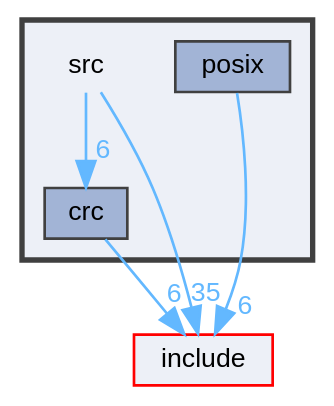
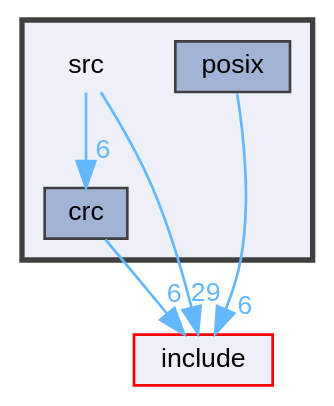
The diagram in dir_68267d1309a1af8e8297ef4c3efbcdba_dep.dot (robinonsay/libjuno), drawn with Graphviz before and after one commit. The commit also changed 164 other files, not shown here.

```diff
--- a/dir_68267d1309a1af8e8297ef4c3efbcdba_dep.dot
+++ b/dir_68267d1309a1af8e8297ef4c3efbcdba_dep.dot
@@ -1,19 +1,19 @@
 digraph "/home/runner/work/libjuno/libjuno/src"
 {
  // LATEX_PDF_SIZE
   bgcolor="transparent";
   edge [fontname=Helvetica,fontsize=10,labelfontname=Helvetica,labelfontsize=10];
   node [fontname=Helvetica,fontsize=10,shape=box,height=0.2,width=0.4];
   compound=true
   subgraph clusterdir_68267d1309a1af8e8297ef4c3efbcdba {
     graph [ bgcolor="#edf0f7", pencolor="grey25", label="", fontname=Helvetica,fontsize=10 style="filled,bold", URL="dir_68267d1309a1af8e8297ef4c3efbcdba.html",tooltip=""]
     dir_68267d1309a1af8e8297ef4c3efbcdba [shape=plaintext, label="src"];
   dir_aaf0231a54e81f715efc83e4edb207e4 [label="crc", fillcolor="#a2b4d6", color="grey25", style="filled", URL="dir_aaf0231a54e81f715efc83e4edb207e4.html",tooltip=""];
   dir_6887e9b46a560cfc03709f52ff768643 [label="posix", fillcolor="#a2b4d6", color="grey25", style="filled", URL="dir_6887e9b46a560cfc03709f52ff768643.html",tooltip=""];
   }
   dir_d44c64559bbebec7f509842c48db8b23 [label="include", fillcolor="#edf0f7", color="red", style="filled", URL="dir_d44c64559bbebec7f509842c48db8b23.html",tooltip=""];
-  dir_68267d1309a1af8e8297ef4c3efbcdba->dir_aaf0231a54e81f715efc83e4edb207e4 [headlabel="6", labeldistance=1.5 headhref="dir_000008_000001.html" href="dir_000008_000001.html" color="steelblue1" fontcolor="steelblue1"];
-  dir_68267d1309a1af8e8297ef4c3efbcdba->dir_d44c64559bbebec7f509842c48db8b23 [headlabel="35", labeldistance=1.5 headhref="dir_000008_000003.html" href="dir_000008_000003.html" color="steelblue1" fontcolor="steelblue1"];
+  dir_68267d1309a1af8e8297ef4c3efbcdba->dir_aaf0231a54e81f715efc83e4edb207e4 [headlabel="6", labeldistance=1.5 headhref="dir_000009_000001.html" href="dir_000009_000001.html" color="steelblue1" fontcolor="steelblue1"];
+  dir_68267d1309a1af8e8297ef4c3efbcdba->dir_d44c64559bbebec7f509842c48db8b23 [headlabel="29", labeldistance=1.5 headhref="dir_000009_000003.html" href="dir_000009_000003.html" color="steelblue1" fontcolor="steelblue1"];
   dir_aaf0231a54e81f715efc83e4edb207e4->dir_d44c64559bbebec7f509842c48db8b23 [headlabel="6", labeldistance=1.5 headhref="dir_000001_000003.html" href="dir_000001_000003.html" color="steelblue1" fontcolor="steelblue1"];
-  dir_6887e9b46a560cfc03709f52ff768643->dir_d44c64559bbebec7f509842c48db8b23 [headlabel="6", labeldistance=1.5 headhref="dir_000007_000003.html" href="dir_000007_000003.html" color="steelblue1" fontcolor="steelblue1"];
+  dir_6887e9b46a560cfc03709f52ff768643->dir_d44c64559bbebec7f509842c48db8b23 [headlabel="6", labeldistance=1.5 headhref="dir_000008_000003.html" href="dir_000008_000003.html" color="steelblue1" fontcolor="steelblue1"];
 }
```
